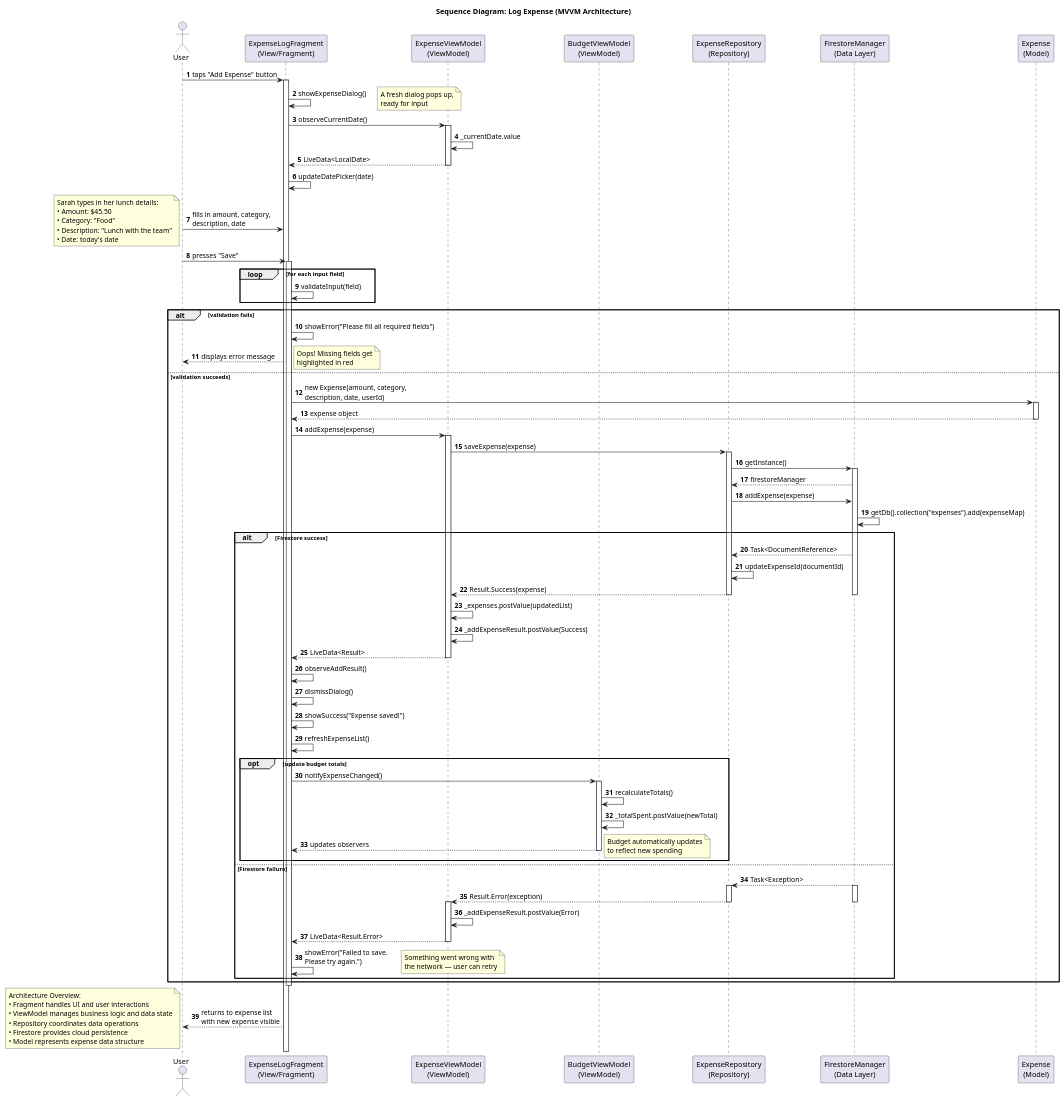
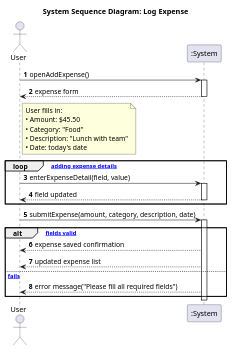
The diagram in Project/Sprint0.5-main/docs/sequence/log_expense_sequence.puml (jmsherrier/finance-tracker), drawn with PlantUML before and after one commit. The commit also changed 2 other files, not shown here.

```diff
--- a/Project/Sprint0.5-main/docs/sequence/log_expense_sequence.puml
+++ b/Project/Sprint0.5-main/docs/sequence/log_expense_sequence.puml
@@ -1,140 +1,45 @@
 @startuml
-title Sequence Diagram: Log Expense (MVVM Architecture)
+title System Sequence Diagram: Log Expense
 autonumber
 
 note top
-    Joseph — Sprint 2
-    Tracking how a lunch expense gets logged in the system
+    System Sequence Diagram for Expense Tracking App
+    Shows user interaction with system as a black box
 end note
 
-' MVVM Lifelines with actual project classes
-actor User
-participant ExpenseLog as "ExpenseLogFragment\n(View/Fragment)"
-participant ExpenseVM as "ExpenseViewModel\n(ViewModel)"
-participant BudgetVM as "BudgetViewModel\n(ViewModel)"
-participant ExpenseRepo as "ExpenseRepository\n(Repository)"
-participant Firestore as "FirestoreManager\n(Data Layer)"
-participant ExpenseModel as "Expense\n(Model)"
+actor "User" as User
+participant ":System" as System
 
-' === Initial Setup ===
-User -> ExpenseLog: taps "Add Expense" button
-activate ExpenseLog
-ExpenseLog -> ExpenseLog: showExpenseDialog()
-note right: A fresh dialog pops up,\nready for input
+User -> System: openAddExpense()
+activate System
+System --> User: expense form
+deactivate System
 
-' Observe current date from ViewModel
-ExpenseLog -> ExpenseVM: observeCurrentDate()
-activate ExpenseVM
-ExpenseVM -> ExpenseVM: _currentDate.value
-ExpenseVM --> ExpenseLog: LiveData<LocalDate>
-deactivate ExpenseVM
-ExpenseLog -> ExpenseLog: updateDatePicker(date)
-
-' === User Input Phase ===
-User -> ExpenseLog: fills in amount, category,\ndescription, date
-note left
-    Sarah types in her lunch details:
+note right of User
+    User fills in:
     • Amount: $45.50
     • Category: "Food"
-    • Description: "Lunch with the team"
+    • Description: "Lunch with team"
     • Date: today's date
 end note
 
-' === Validation & Save ===
-User -> ExpenseLog: presses "Save"
-activate ExpenseLog
-
-loop for each input field
-    ExpenseLog -> ExpenseLog: validateInput(field)
+loop [while adding expense details]
+    User -> System: enterExpenseDetail(field, value)
+    activate System
+    System --> User: field updated
+    deactivate System
 end
 
-alt validation fails
-    ExpenseLog -> ExpenseLog: showError("Please fill all required fields")
-    ExpenseLog --> User: displays error message
-    note right: Oops! Missing fields get\nhighlighted in red
-else validation succeeds
-    
-    ' Create expense model
-    ExpenseLog -> ExpenseModel: new Expense(amount, category,\ndescription, date, userId)
-    activate ExpenseModel
-    ExpenseModel --> ExpenseLog: expense object
-    deactivate ExpenseModel
-    
-    ' Pass to ViewModel
-    ExpenseLog -> ExpenseVM: addExpense(expense)
-    activate ExpenseVM
-    
-    ExpenseVM -> ExpenseRepo: saveExpense(expense)
-    activate ExpenseRepo
-    
-    ' Repository interacts with Firestore
-    ExpenseRepo -> Firestore: getInstance()
-    activate Firestore
-    Firestore --> ExpenseRepo: firestoreManager
-    
-    ExpenseRepo -> Firestore: addExpense(expense)
-    Firestore -> Firestore: getDb().collection("expenses").add(expenseMap)
-    
-    alt Firestore success
-        Firestore --> ExpenseRepo: Task<DocumentReference>
-        ExpenseRepo -> ExpenseRepo: updateExpenseId(documentId)
-        ExpenseRepo --> ExpenseVM: Result.Success(expense)
-        deactivate Firestore
-        deactivate ExpenseRepo
-        
-        ' Update LiveData
-        ExpenseVM -> ExpenseVM: _expenses.postValue(updatedList)
-        ExpenseVM -> ExpenseVM: _addExpenseResult.postValue(Success)
-        ExpenseVM --> ExpenseLog: LiveData<Result>
-        deactivate ExpenseVM
-        
-        ' Update UI
-        ExpenseLog -> ExpenseLog: observeAddResult()
-        ExpenseLog -> ExpenseLog: dismissDialog()
-        ExpenseLog -> ExpenseLog: showSuccess("Expense saved!")
-        ExpenseLog -> ExpenseLog: refreshExpenseList()
-        
-        ' Notify other ViewModels
-        opt update budget totals
-            ExpenseLog -> BudgetVM: notifyExpenseChanged()
-            activate BudgetVM
-            BudgetVM -> BudgetVM: recalculateTotals()
-            BudgetVM -> BudgetVM: _totalSpent.postValue(newTotal)
-            BudgetVM --> ExpenseLog: updates observers
-            deactivate BudgetVM
-            note right: Budget automatically updates\nto reflect new spending
-        end
-        
-    else Firestore failure
-        Firestore --> ExpenseRepo: Task<Exception>
-        activate Firestore
-        activate ExpenseRepo
-        ExpenseRepo --> ExpenseVM: Result.Error(exception)
-        deactivate Firestore
-        deactivate ExpenseRepo
-        activate ExpenseVM
-        ExpenseVM -> ExpenseVM: _addExpenseResult.postValue(Error)
-        ExpenseVM --> ExpenseLog: LiveData<Result.Error>
-        deactivate ExpenseVM
-        
-        ExpenseLog -> ExpenseLog: showError("Failed to save.\nPlease try again.")
-        note right: Something went wrong with\nthe network — user can retry
-    end
-    
+User -> System: submitExpense(amount, category, description, date)
+activate System
+
+alt [all fields valid]
+    System --> User: expense saved confirmation
+    System --> User: updated expense list
+else [validation fails]
+    System --> User: error message("Please fill all required fields")
 end
 
-deactivate ExpenseLog
-
-' === Final State ===
-ExpenseLog --> User: returns to expense list\nwith new expense visible
-
-note bottom
-    Architecture Overview:
-    • Fragment handles UI and user interactions
-    • ViewModel manages business logic and data state
-    • Repository coordinates data operations
-    • Firestore provides cloud persistence
-    • Model represents expense data structure
-end note
+deactivate System
 
 @enduml
```
